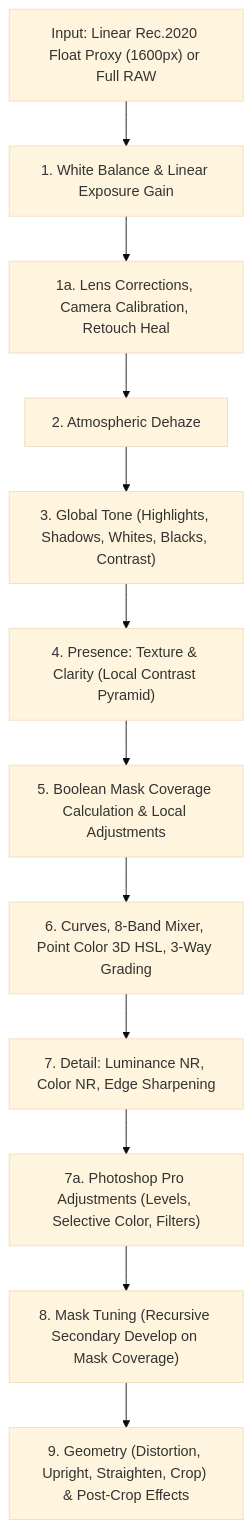
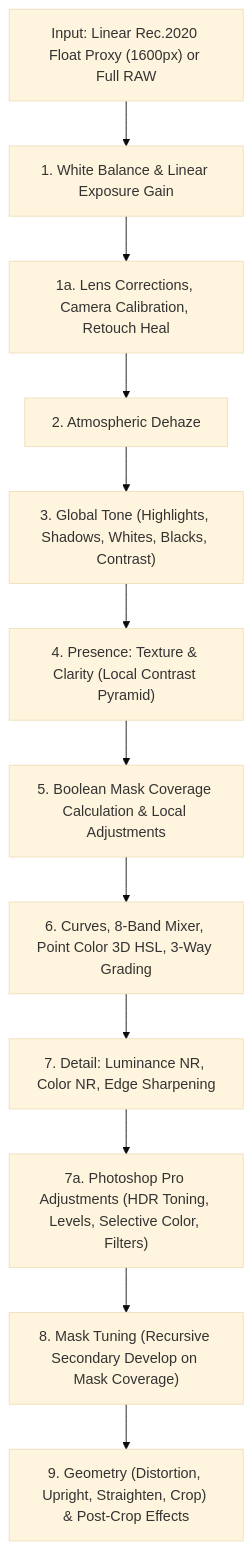
Before and after one commit to rcwkan/openlight-studio: the diagram in guide/05-image-pipeline-and-color.md, drawn with Mermaid (base theme). The commit also changed other lines of this file and 12 other files, not shown here.

First line of the commit message:
feat(develop): photo-type auto tuning, HDR toning and HDR merge

````diff
--- a/guide/05-image-pipeline-and-color.md
+++ b/guide/05-image-pipeline-and-color.md
@@ -39,18 +39,18 @@
 ```mermaid
 flowchart TD
     Stage0["Input: Linear Rec.2020 Float Proxy (1600px) or Full RAW"]
     Stage1["1. White Balance & Linear Exposure Gain"]
     Stage1a["1a. Lens Corrections, Camera Calibration, Retouch Heal"]
     Stage2["2. Atmospheric Dehaze"]
     Stage3["3. Global Tone (Highlights, Shadows, Whites, Blacks, Contrast)"]
     Stage4["4. Presence: Texture & Clarity (Local Contrast Pyramid)"]
     Stage5["5. Boolean Mask Coverage Calculation & Local Adjustments"]
     Stage6["6. Curves, 8-Band Mixer, Point Color 3D HSL, 3-Way Grading"]
     Stage7["7. Detail: Luminance NR, Color NR, Edge Sharpening"]
-    Stage7a["7a. Photoshop Pro Adjustments (Levels, Selective Color, Filters)"]
+    Stage7a["7a. Photoshop Pro Adjustments (HDR Toning, Levels, Selective Color, Filters)"]
     Stage8["8. Mask Tuning (Recursive Secondary Develop on Mask Coverage)"]
     Stage9["9. Geometry (Distortion, Upright, Straighten, Crop) & Post-Crop Effects"]
 
     Stage0 --> Stage1 --> Stage1a --> Stage2 --> Stage3 --> Stage4
     Stage4 --> Stage5 --> Stage6 --> Stage7 --> Stage7a --> Stage8 --> Stage9
 ```
````
